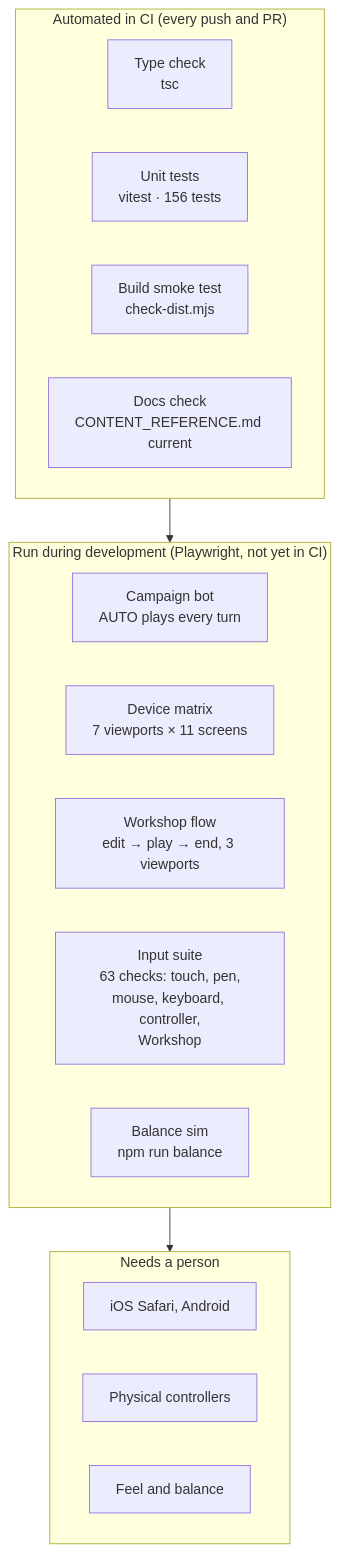
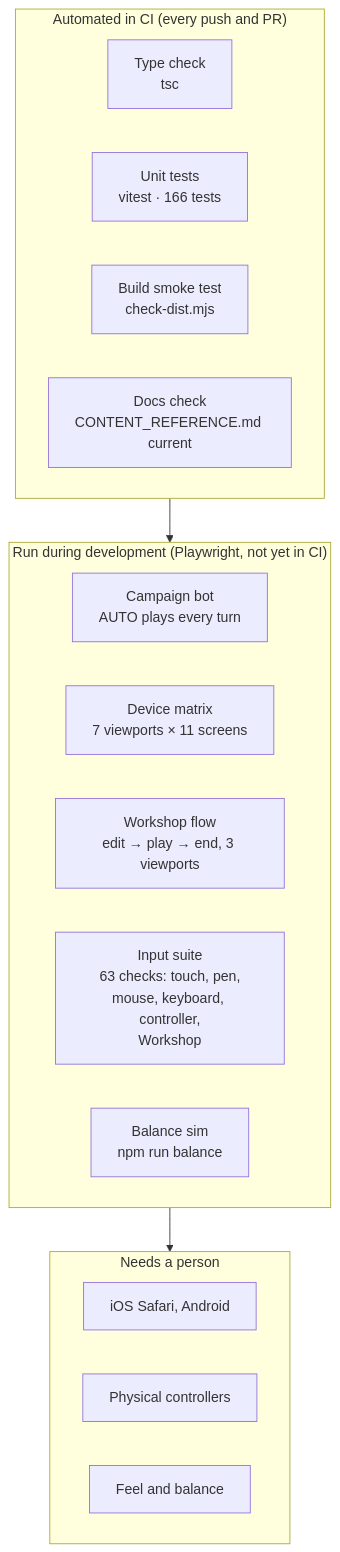
One commit to CptNope/Chess-RPG-Tactics changed the diagram in docs/TESTING.md. Above: the diagram before and after it, drawn with Mermaid. The commit also changed other lines of this file and 21 other files, not shown here.

````diff
--- a/docs/TESTING.md
+++ b/docs/TESTING.md
@@ -9,22 +9,22 @@
 ```mermaid
 flowchart TB
     subgraph Auto["Automated in CI (every push and PR)"]
         T1["Type check<br/>tsc"]
-        T2["Unit tests<br/>vitest · 156 tests"]
+        T2["Unit tests<br/>vitest · 166 tests"]
         T3["Build smoke test<br/>check-dist.mjs"]
         T4["Docs check<br/>CONTENT_REFERENCE.md current"]
     end
     subgraph Dev["Run during development (Playwright, not yet in CI)"]
         P1["Campaign bot<br/>AUTO plays every turn"]
         P2["Device matrix<br/>7 viewports × 11 screens"]
         P4["Workshop flow<br/>edit → play → end, 3 viewports"]
         P3["Input suite<br/>63 checks: touch, pen,<br/>mouse, keyboard, controller,<br/>Workshop"]
         P5["Balance sim<br/>npm run balance"]
     end
     subgraph Human["Needs a person"]
         H1["iOS Safari, Android"]
         H2["Physical controllers"]
         H3["Feel and balance"]
     end
     Auto --> Dev --> Human
 ```
````
